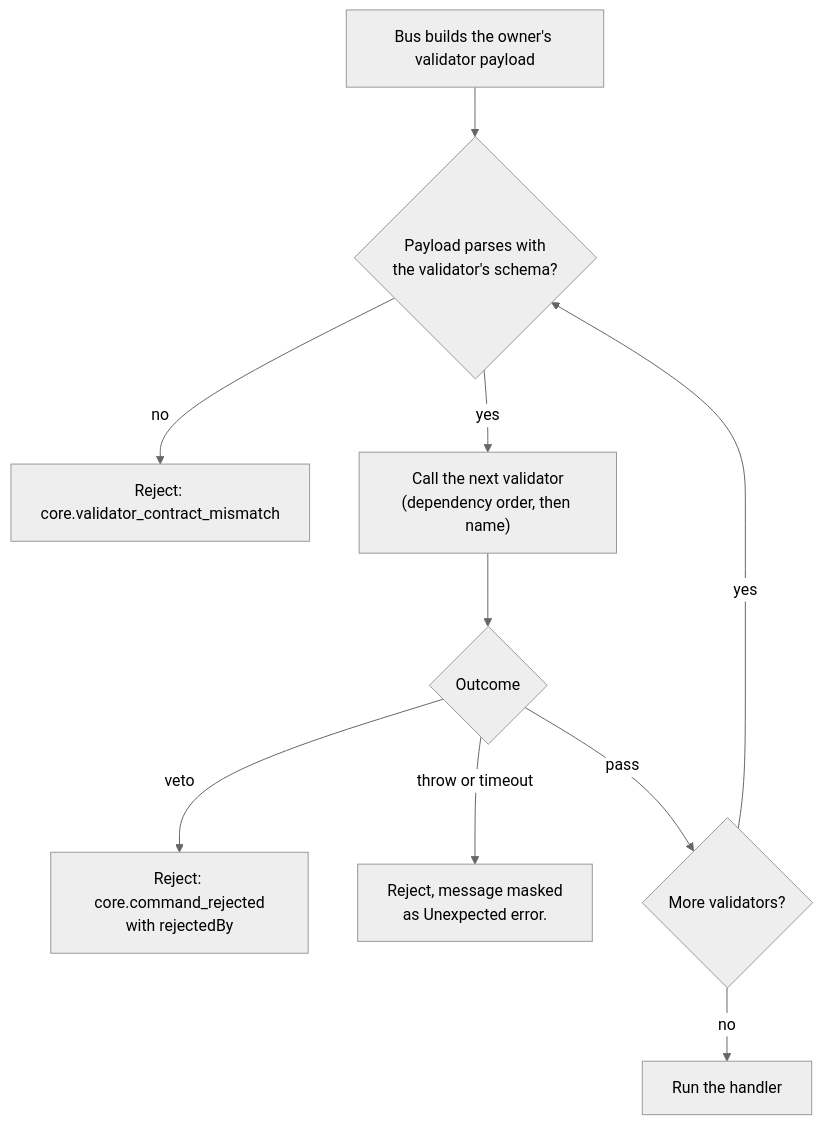
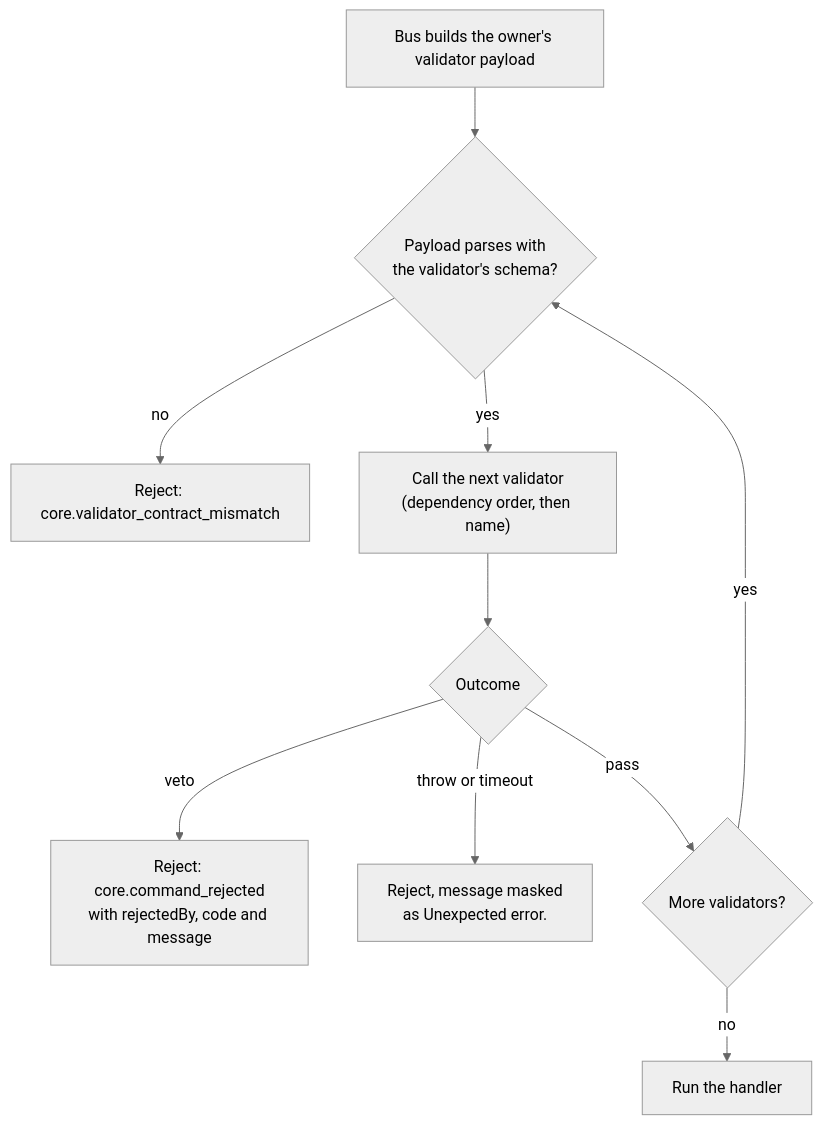
Before and after one commit to northMES/northmes: the third of 3 diagrams in docs/plan/03-modules-and-extensibility.md, drawn with Mermaid (neutral theme). The commit also changed other lines of this file and 15 other files, not shown here.

````diff
--- a/docs/plan/03-modules-and-extensibility.md
+++ b/docs/plan/03-modules-and-extensibility.md
@@ -281,12 +291,12 @@
 ```mermaid
 flowchart TD
   start["Bus builds the owner's validator payload"] --> parse{"Payload parses with<br/>the validator's schema?"}
   parse -- no --> mismatch["Reject: core.validator_contract_mismatch"]
   parse -- yes --> run["Call the next validator<br/>(dependency order, then name)"]
   run --> outcome{"Outcome"}
-  outcome -- veto --> rejected["Reject: core.command_rejected<br/>with rejectedBy"]
+  outcome -- veto --> rejected["Reject: core.command_rejected<br/>with rejectedBy, code and message"]
   outcome -- throw or timeout --> failed["Reject, message masked<br/>as Unexpected error."]
   outcome -- pass --> more{"More validators?"}
   more -- yes --> parse
   more -- no --> exec["Run the handler"]
 ```
````
